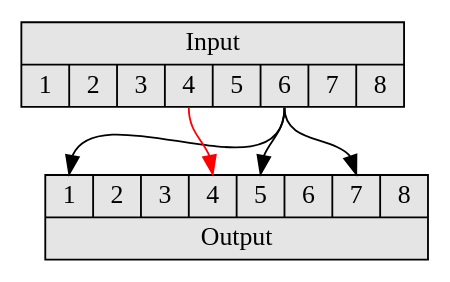
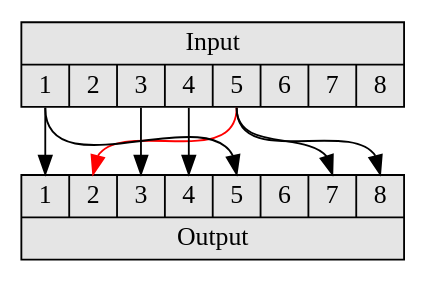
The diagram in sdv-PScamera.gv (avmaint/uactechdoc), drawn with Graphviz before and after one commit. The commit also changed 7 other files, not shown here.

```diff
--- a/sdv-PScamera.gv
+++ b/sdv-PScamera.gv
@@ -1,16 +1,20 @@
 digraph psNormal { 
   
   graph [overlap = true, fontsize = 10, 
       tooltip=" ",
       fontname = Helvetica]
  
 node [shape=record, style=filled, fillcolor=grey90] 
 input [label="{Input|{<1>1|<2>2|<3>3|<4>4|<5>5|<6>6|<7>7|<8>8}}"]
 output [label="{{<1>1|<2>2|<3>3|<4>4|<5>5|<6>6|<7>7|<8>8}|Output}"]
 
-input:6 -> output:1
-input:6 -> output:5
-input:6 -> output:7
+input:1 -> output:1
+input:5 -> output:2 [color=red]
+input:3 -> output:3
 
-input:4 -> output:4 [color=red]
+input:4 -> output:4 
+input:1 -> output:5 
+
+input:5 -> output:7
+input:5 -> output:8
 } 
```
